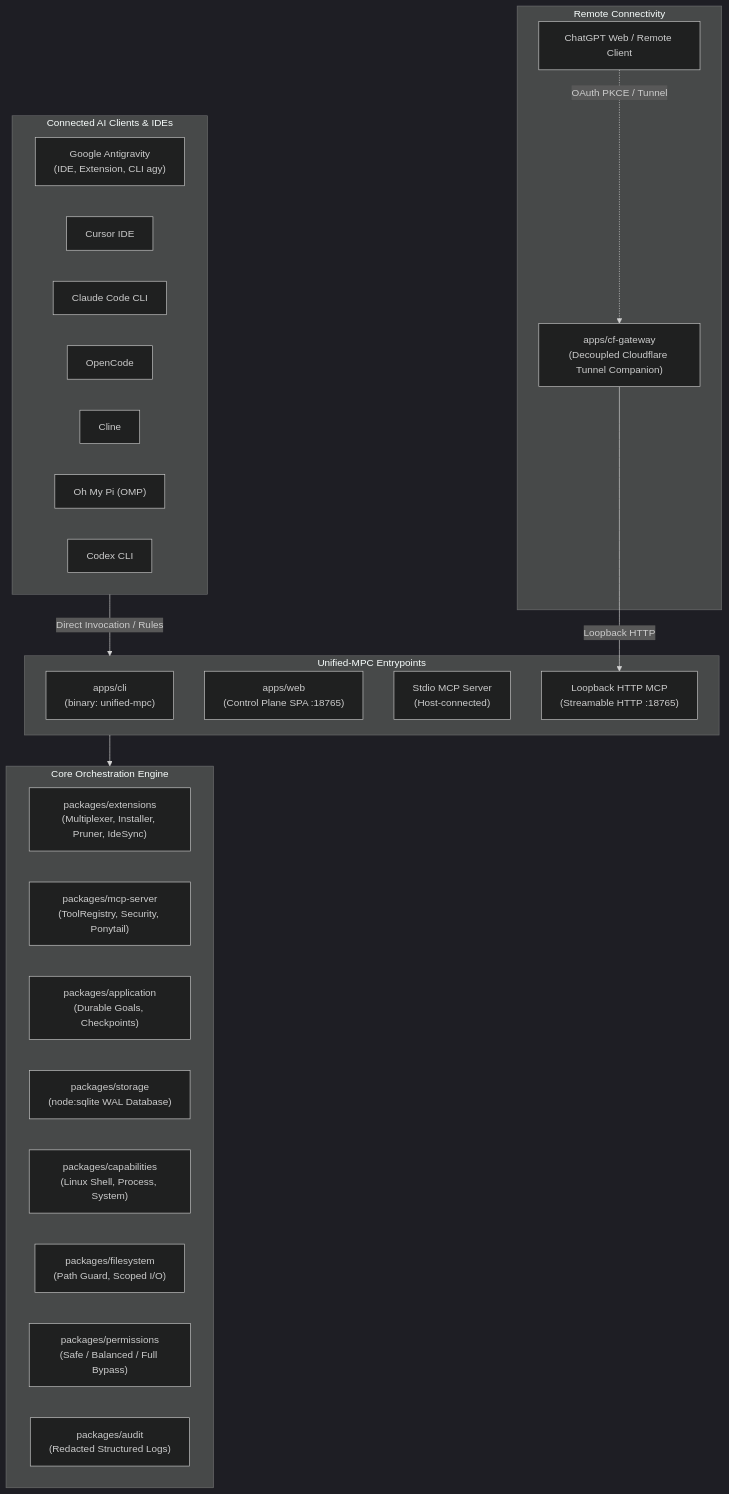
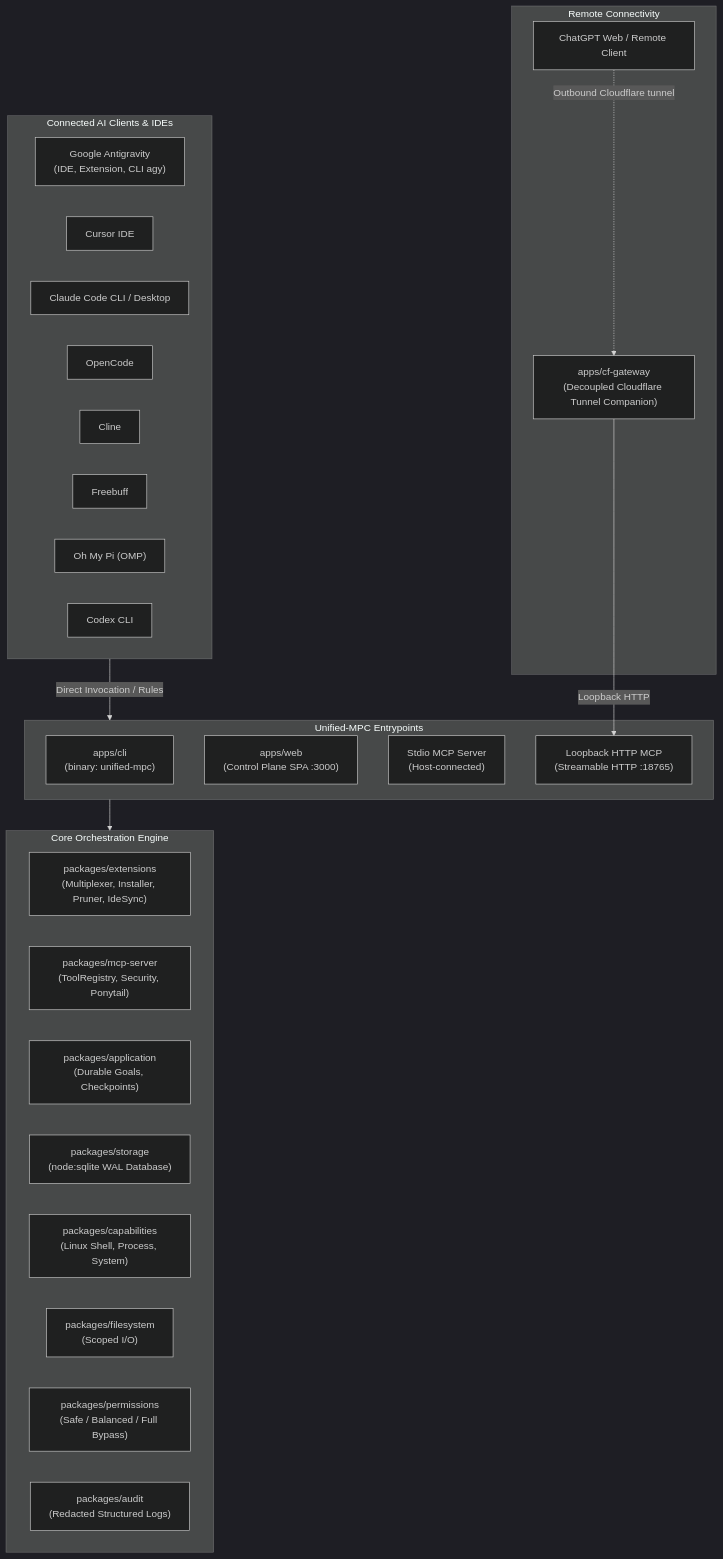
Before and after one commit to soulzerox/Unified-MPC-Server: the diagram in docs/ARCHITECTURE.md, drawn with Mermaid (dark theme). The commit also changed other lines of this file and 8 other files, not shown here.

````diff
--- a/docs/ARCHITECTURE.md
+++ b/docs/ARCHITECTURE.md
@@ -7,40 +7,41 @@
 ```mermaid
 graph TD
     subgraph Clients["Connected AI Clients & IDEs"]
         AG["Google Antigravity<br/>(IDE, Extension, CLI agy)"]
         CR["Cursor IDE"]
-        CL["Claude Code CLI"]
+        CL["Claude Code CLI / Desktop"]
         OC["OpenCode"]
         CN["Cline"]
+        FB["Freebuff"]
         OM["Oh My Pi (OMP)"]
         CX["Codex CLI"]
     end
 
     subgraph Entrypoints["Unified-MPC Entrypoints"]
         CLI["apps/cli<br/>(binary: unified-mpc)"]
-        WEB["apps/web<br/>(Control Plane SPA :18765)"]
+        WEB["apps/web<br/>(Control Plane SPA :3000)"]
         STDIO["Stdio MCP Server<br/>(Host-connected)"]
         HTTP["Loopback HTTP MCP<br/>(Streamable HTTP :18765)"]
     end
 
     subgraph CoreEngine["Core Orchestration Engine"]
         EXT["packages/extensions<br/>(Multiplexer, Installer, Pruner, IdeSync)"]
         MCP["packages/mcp-server<br/>(ToolRegistry, Security, Ponytail)"]
         APP["packages/application<br/>(Durable Goals, Checkpoints)"]
         STORE["packages/storage<br/>(node:sqlite WAL Database)"]
         CAP["packages/capabilities<br/>(Linux Shell, Process, System)"]
-        FS["packages/filesystem<br/>(Path Guard, Scoped I/O)"]
+        FS["packages/filesystem<br/>(Scoped I/O)"]
         PERM["packages/permissions<br/>(Safe / Balanced / Full Bypass)"]
         AUDIT["packages/audit<br/>(Redacted Structured Logs)"]
     end
 
     subgraph Gateway["Remote Connectivity"]
         CFG["apps/cf-gateway<br/>(Decoupled Cloudflare Tunnel Companion)"]
         CW["ChatGPT Web / Remote Client"]
     end
 
     Clients -->|Direct Invocation / Rules| Entrypoints
     Entrypoints --> CoreEngine
-    CW -.->|OAuth PKCE / Tunnel| CFG
+    CW -.->|Outbound Cloudflare tunnel| CFG
     CFG -->|Loopback HTTP| HTTP
 ```
````
